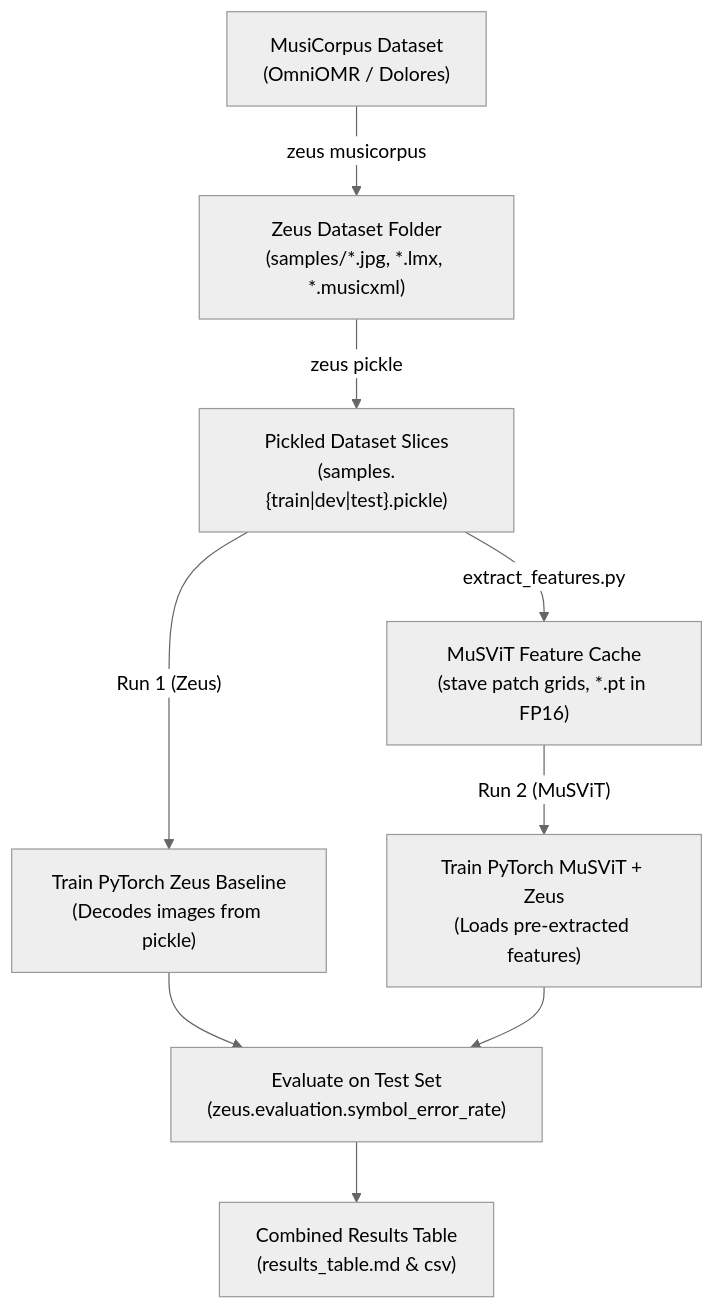
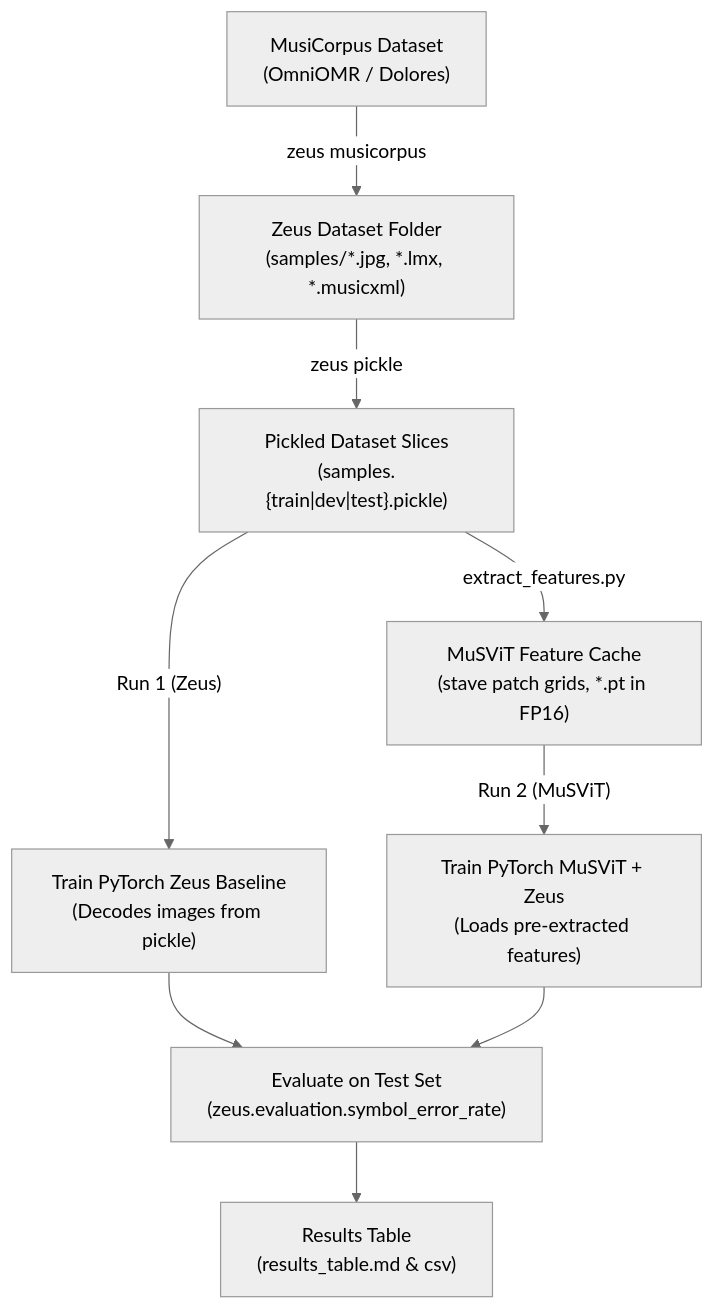
Before and after one commit to ondrej-boska/dipl-experiments: the diagram in musvit_zeus_comparison/README.md, drawn with Mermaid (neutral theme). The commit also changed other lines of this file and 1 other file, not shown here.

````diff
--- a/musvit_zeus_comparison/README.md
+++ b/musvit_zeus_comparison/README.md
@@ -15,11 +15,11 @@
 ```mermaid
 graph TD
     A["MusiCorpus Dataset<br/>(OmniOMR / Dolores)"] -->|"zeus musicorpus"| B["Zeus Dataset Folder<br/>(samples/*.jpg, *.lmx, *.musicxml)"]
     B -->|"zeus pickle"| C["Pickled Dataset Slices<br/>(samples.{train|dev|test}.pickle)"]
     C -->|"Run 1 (Zeus)"| D["Train PyTorch Zeus Baseline<br/>(Decodes images from pickle)"]
     C -->|"extract_features.py"| E["MuSViT Feature Cache<br/>(stave patch grids, *.pt in FP16)"]
     E -->|"Run 2 (MuSViT)"| F["Train PyTorch MuSViT + Zeus<br/>(Loads pre-extracted features)"]
     D --> G["Evaluate on Test Set<br/>(zeus.evaluation.symbol_error_rate)"]
     F --> G
-    G --> H["Combined Results Table<br/>(results_table.md & csv)"]
+    G --> H["Results Table<br/>(results_table.md & csv)"]
 ```
````
